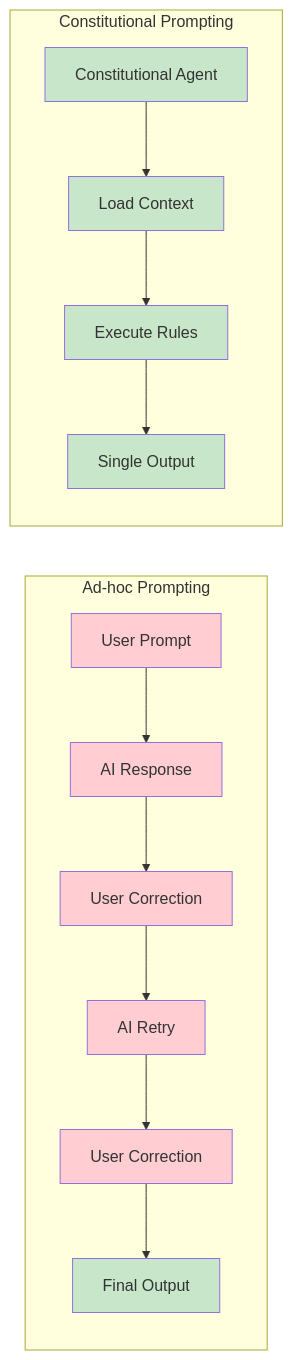
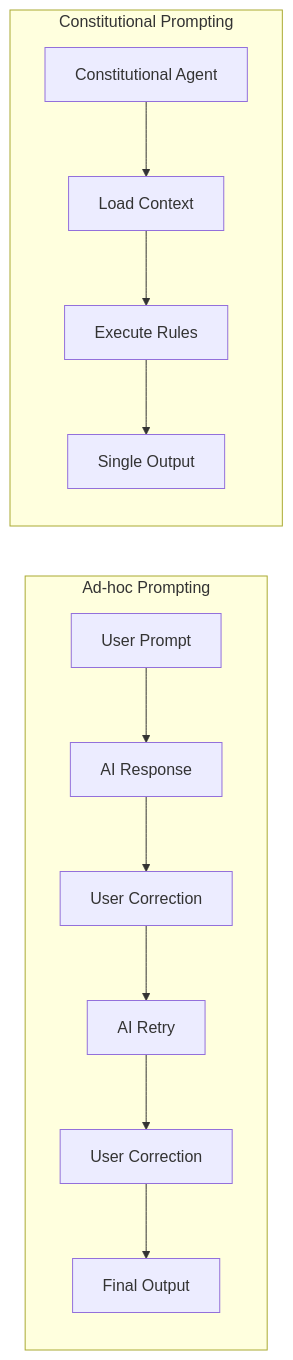
Before and after one commit to rp1-run/rp1: the diagram in docs/concepts/constitutional-prompting.md, drawn with Mermaid. The commit also changed 1 other file, not shown here.

Commit message:
fix: diagrams in docs are themed correctly

````diff
--- a/docs/concepts/constitutional-prompting.md
+++ b/docs/concepts/constitutional-prompting.md
@@ -40,27 +40,16 @@
 ```mermaid
 flowchart LR
     subgraph "Ad-hoc Prompting"
         A1[User Prompt] --> A2[AI Response]
         A2 --> A3[User Correction]
         A3 --> A4[AI Retry]
         A4 --> A5[User Correction]
         A5 --> A6[Final Output]
     end
 
     subgraph "Constitutional Prompting"
         C1[Constitutional Agent] --> C2[Load Context]
         C2 --> C3[Execute Rules]
         C3 --> C4[Single Output]
     end
-
-    style A1 fill:#ffcdd2
-    style A2 fill:#ffcdd2
-    style A3 fill:#ffcdd2
-    style A4 fill:#ffcdd2
-    style A5 fill:#ffcdd2
-    style A6 fill:#c8e6c9
-    style C1 fill:#c8e6c9
-    style C2 fill:#c8e6c9
-    style C3 fill:#c8e6c9
-    style C4 fill:#c8e6c9
 ```
````
